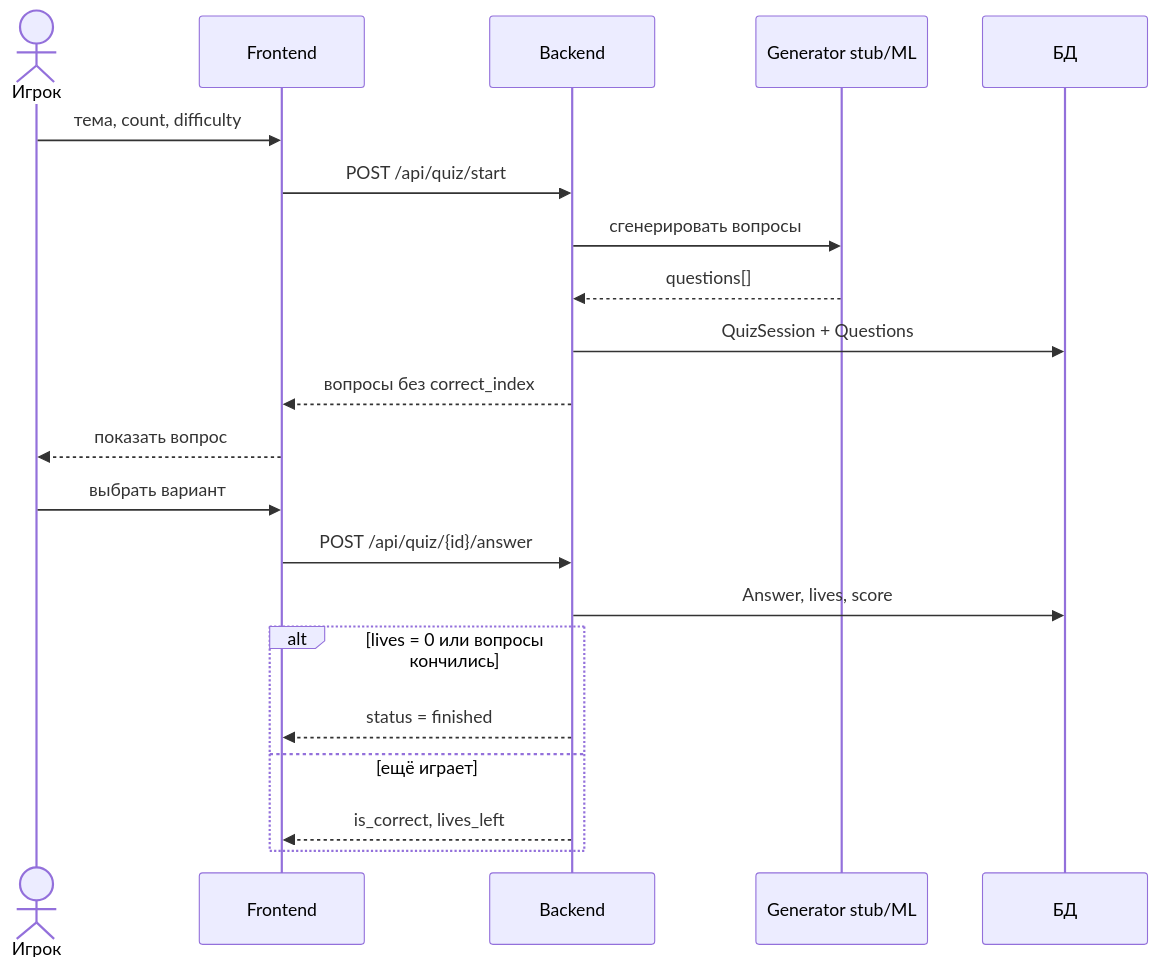
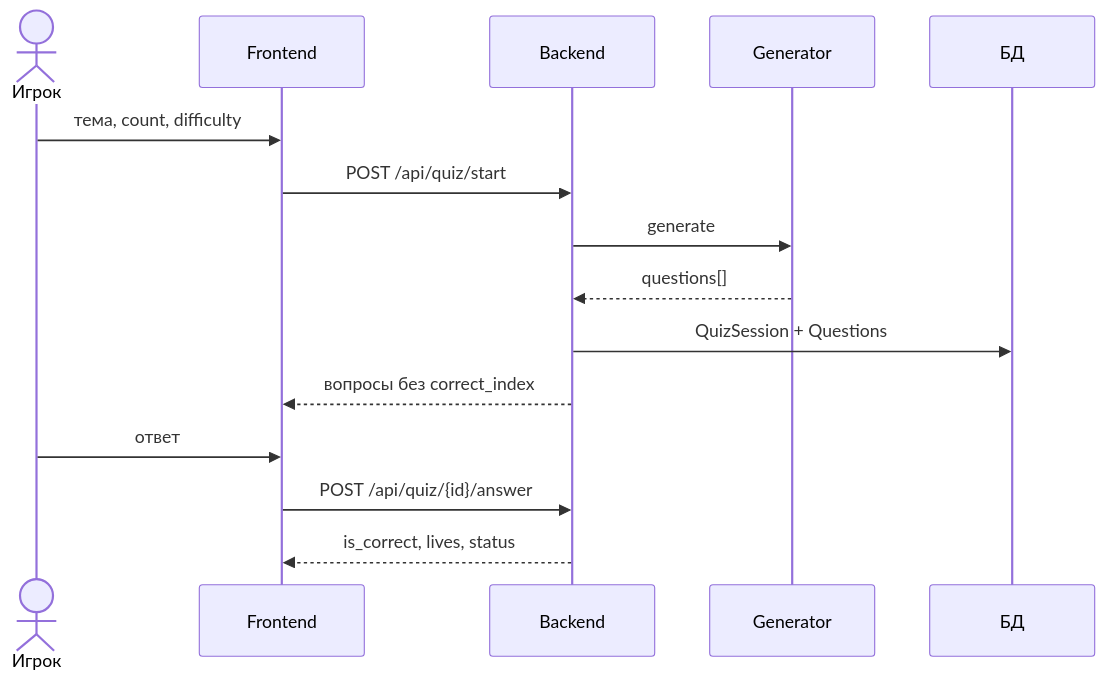
Before and after one commit to infinite-quiz/backend: the third of 5 diagrams in docs/architecture.md, drawn with Mermaid. The commit also changed other lines of this file and 3 other files, not shown here.

````diff
--- a/docs/architecture.md
+++ b/docs/architecture.md
@@ -41,25 +59,18 @@
 ```mermaid
 sequenceDiagram
   actor P as Игрок
   participant C as Frontend
   participant B as Backend
-  participant G as Generator stub/ML
+  participant G as Generator
   participant D as БД
 
   P->>C: тема, count, difficulty
   C->>B: POST /api/quiz/start
-  B->>G: сгенерировать вопросы
+  B->>G: generate
   G-->>B: questions[]
   B->>D: QuizSession + Questions
   B-->>C: вопросы без correct_index
-  C-->>P: показать вопрос
-
-  P->>C: выбрать вариант
+  P->>C: ответ
   C->>B: POST /api/quiz/{id}/answer
-  B->>D: Answer, lives, score
-  alt lives = 0 или вопросы кончились
-    B-->>C: status = finished
-  else ещё играет
-    B-->>C: is_correct, lives_left
-  end
+  B-->>C: is_correct, lives, status
 ```
````
